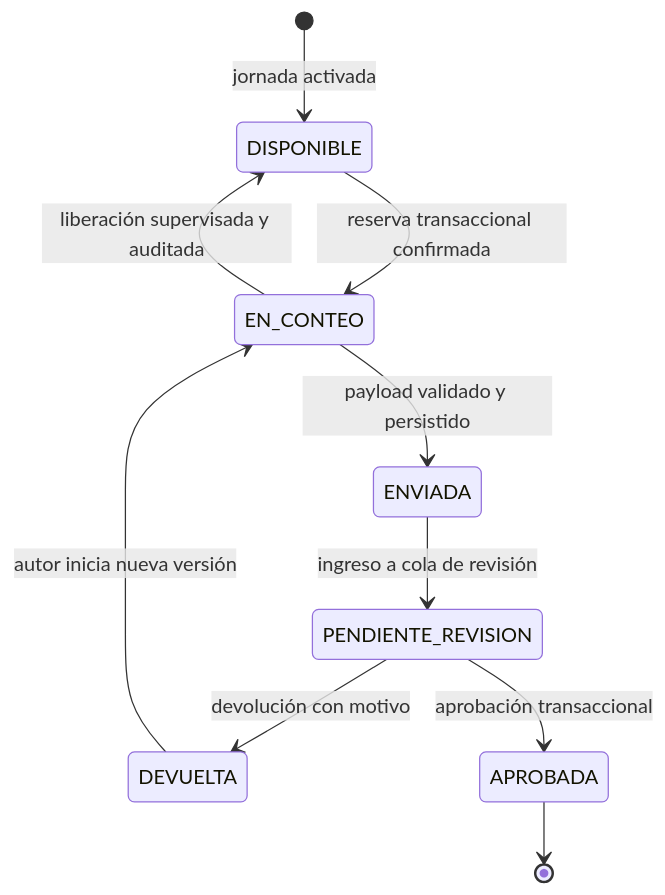
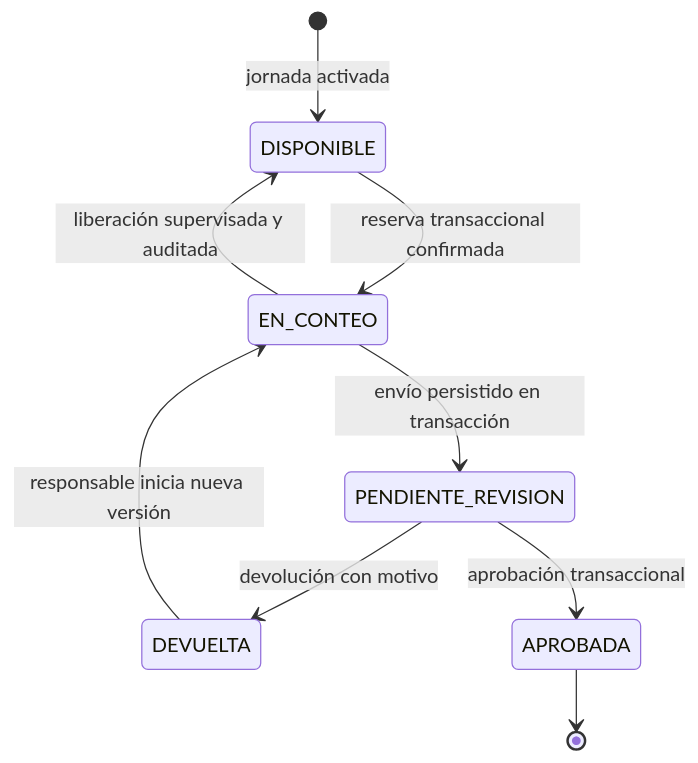
The diagram in docs/FLUJO_JORNADA_INVENTARIO.md (juanestradafalla-dev/Vivero-Control-Nuevo), drawn with Mermaid before and after one commit. The commit also changed other lines of this file and 7 other files, not shown here.

````diff
--- a/docs/FLUJO_JORNADA_INVENTARIO.md
+++ b/docs/FLUJO_JORNADA_INVENTARIO.md
@@ -163,12 +166,11 @@
 ```mermaid
 stateDiagram-v2
     [*] --> DISPONIBLE: jornada activada
     DISPONIBLE --> EN_CONTEO: reserva transaccional confirmada
     EN_CONTEO --> DISPONIBLE: liberación supervisada y auditada
-    EN_CONTEO --> ENVIADA: payload validado y persistido
-    ENVIADA --> PENDIENTE_REVISION: ingreso a cola de revisión
+    EN_CONTEO --> PENDIENTE_REVISION: envío persistido en transacción
     PENDIENTE_REVISION --> DEVUELTA: devolución con motivo
-    DEVUELTA --> EN_CONTEO: autor inicia nueva versión
+    DEVUELTA --> EN_CONTEO: responsable inicia nueva versión
     PENDIENTE_REVISION --> APROBADA: aprobación transaccional
     APROBADA --> [*]
 ```
````
